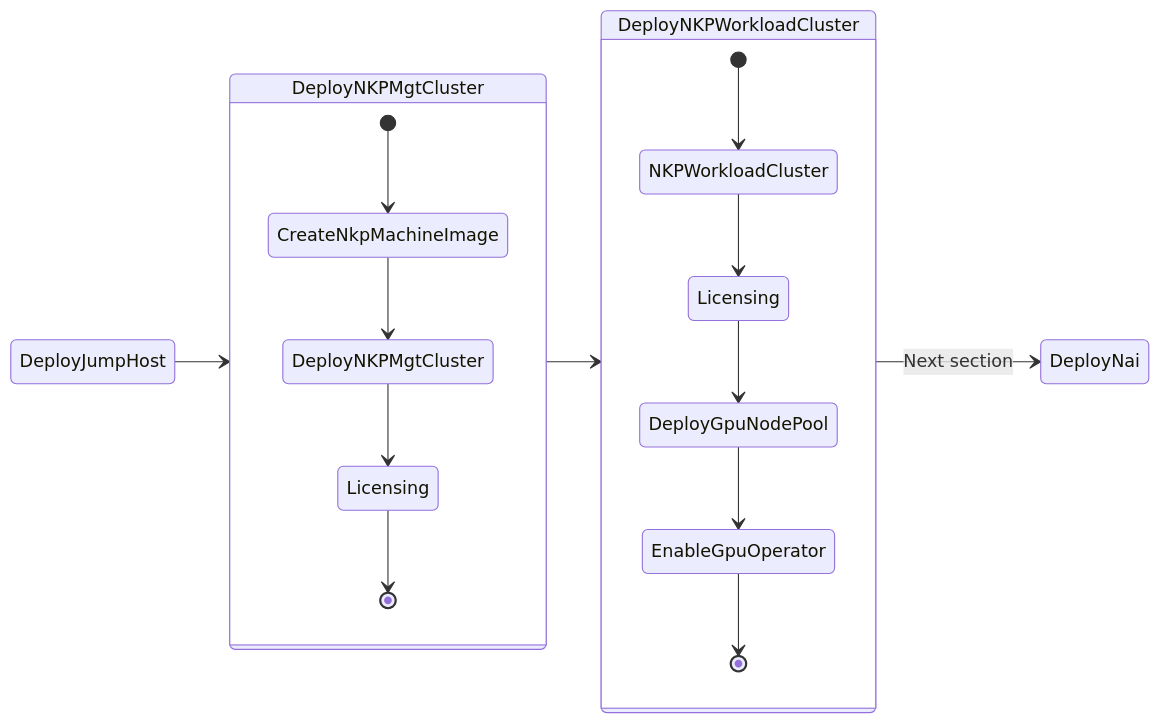
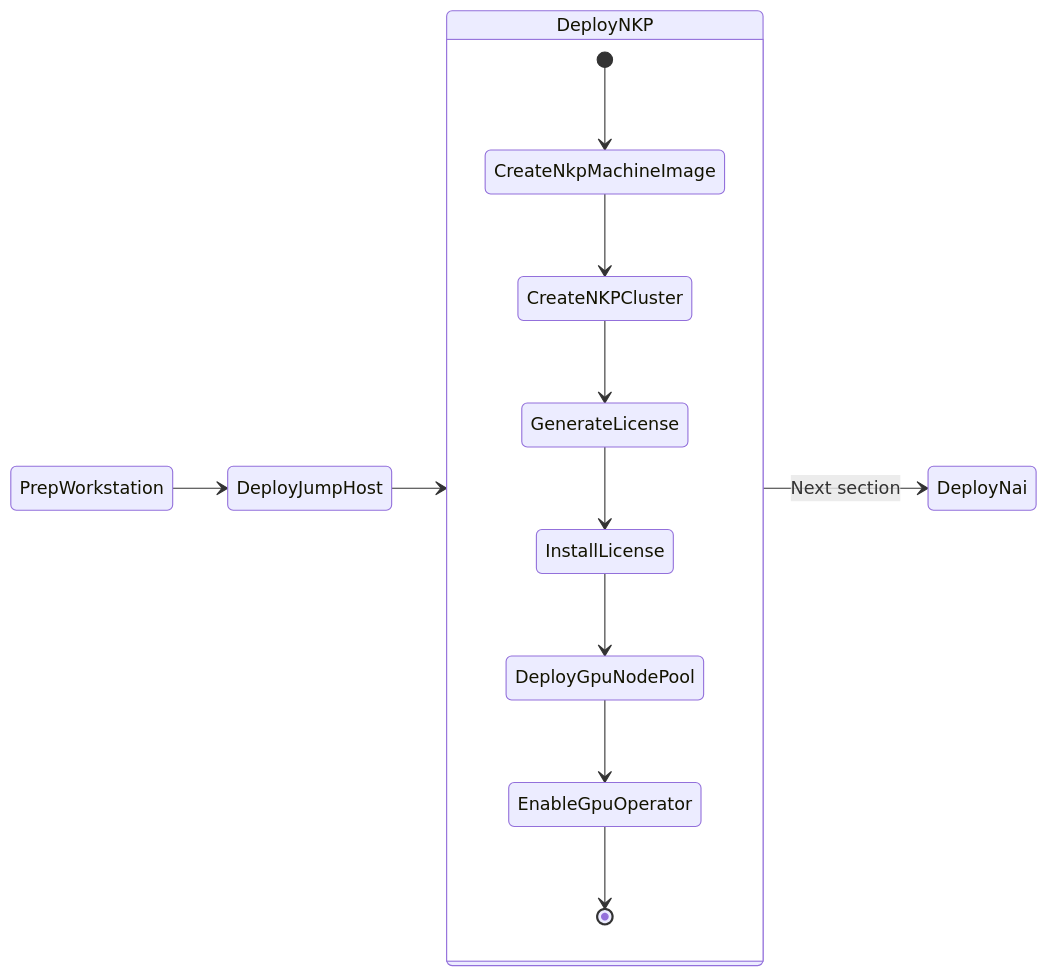
One commit to nutanix-japan/nai-llm changed the diagram in docs/nkp_catalog_nai/nkp_catalog_infra_nkp.md. Above: the diagram before and after it, drawn with Mermaid. The commit also changed other lines of this file and 5 other files, not shown here.

````diff
--- a/docs/nkp_catalog_nai/nkp_catalog_infra_nkp.md
+++ b/docs/nkp_catalog_nai/nkp_catalog_infra_nkp.md
@@ -7,30 +9,18 @@
 ```mermaid
 stateDiagram-v2
     direction LR
     
-    state DeployNKPMgtCluster {
+    state DeployNKP {
         [*] --> CreateNkpMachineImage
-        CreateNkpMachineImage --> ExecuteMgtClusterDeploy
-        ExecuteMgtClusterDeploy --> MgtLicensing
-        MgtLicensing --> [*]
-        
-        %% Aliases to keep your display text clean
-        state "DeployNKPMgtCluster" as ExecuteMgtClusterDeploy
-        state "Licensing" as MgtLicensing
+        CreateNkpMachineImage --> CreateNKPCluster
+        CreateNKPCluster --> GenerateLicense
+        GenerateLicense --> InstallLicense
+        InstallLicense --> DeployGpuNodePool
+        DeployGpuNodePool --> EnableGpuOperator
+        EnableGpuOperator --> [*]
     }
 
-    state DeployNKPWorkloadCluster {
-        [*] --> NKPWorkloadCluster 
-        NKPWorkloadCluster --> WkldLicensing 
-        WkldLicensing --> DeployGpuNodePool
-        DeployGpuNodePool --> EnableGpuOperator
-        EnableGpuOperator --> [*]
-        
-        %% Unique ID for the second Licensing state
-        state "Licensing" as WkldLicensing
-    }
-
-    DeployJumpHost --> DeployNKPMgtCluster 
-    DeployNKPMgtCluster --> DeployNKPWorkloadCluster 
-    DeployNKPWorkloadCluster --> DeployNai : Next section
+    PrepWorkstation --> DeployJumpHost 
+    DeployJumpHost --> DeployNKP 
+    DeployNKP --> DeployNai : Next section
 ```
````
